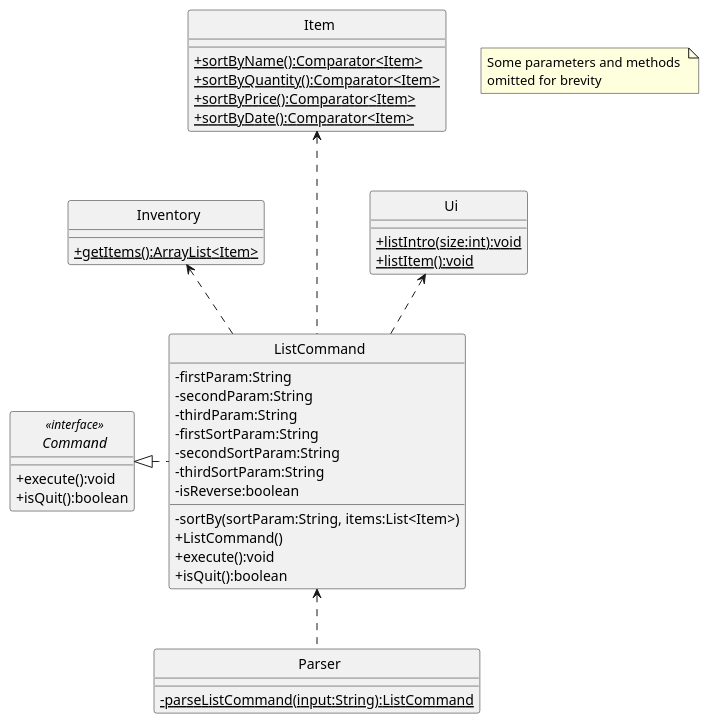
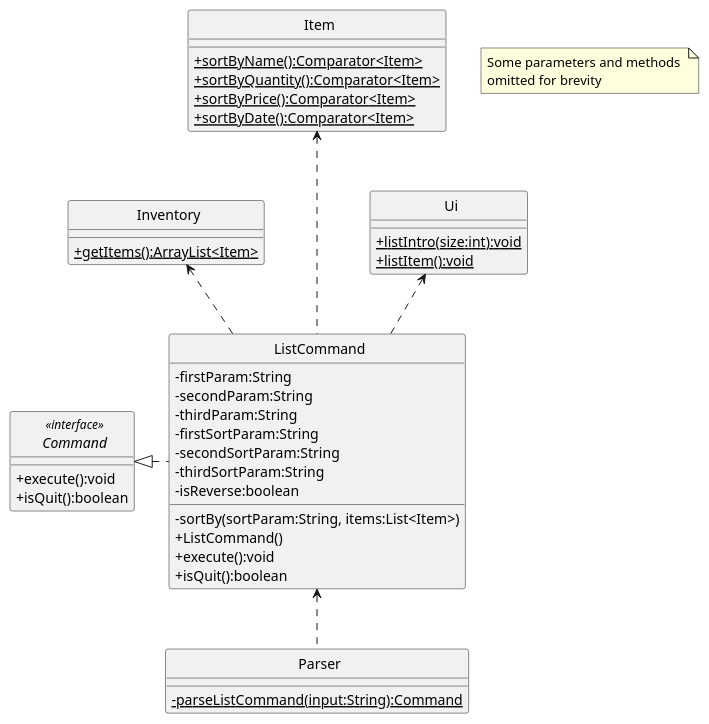
The first of 2 diagrams in docs/uml-diagrams/ListCommand.puml (rismm/tp), drawn with PlantUML before and after one commit. The commit also changed 31 other files, not shown here.

Commit message:
Add Revenue and Profit UML, Edit return type in other Command UMLs

```diff
--- a/docs/uml-diagrams/ListCommand.puml
+++ b/docs/uml-diagrams/ListCommand.puml
@@ -1,60 +1,60 @@
 @startuml
 skinparam classAttributeIconSize 0
 skinparam CircledCharacterFontSize 0
 skinparam CircledCharacterRadius 0
 
 abstract class Command
 class Inventory
 class Item
 class ListCommand
 class Parser
 class Ui
 
 Command <|. ListCommand
 Item <... ListCommand
 Ui <.. ListCommand
 Inventory <.. ListCommand
 ListCommand <.. Parser
 
 interface Command <<interface>> {
     +execute():void
     +isQuit():boolean
 }
 
 class ListCommand {
     -firstParam:String
     -secondParam:String
     -thirdParam:String
     -firstSortParam:String
     -secondSortParam:String
     -thirdSortParam:String
     -isReverse:boolean
     -sortBy(sortParam:String, items:List<Item>)
     +ListCommand()
     +execute():void
     +isQuit():boolean
 }
 
 class Item {
     {static}+sortByName():Comparator<Item>
     {static}+sortByQuantity():Comparator<Item>
     {static}+sortByPrice():Comparator<Item>
     {static}+sortByDate():Comparator<Item>
 }
 
 class Inventory {
     {static}+getItems():ArrayList<Item>
 }
 
 class Ui {
     {static}+listIntro(size:int):void
     {static}+listItem():void
 }
 
 class Parser {
-    {static}-parseListCommand(input:String):ListCommand
+    {static}-parseListCommand(input:String):Command
 }
 
 note "Some parameters and methods \nomitted for brevity" as n1
 
 @enduml
```
